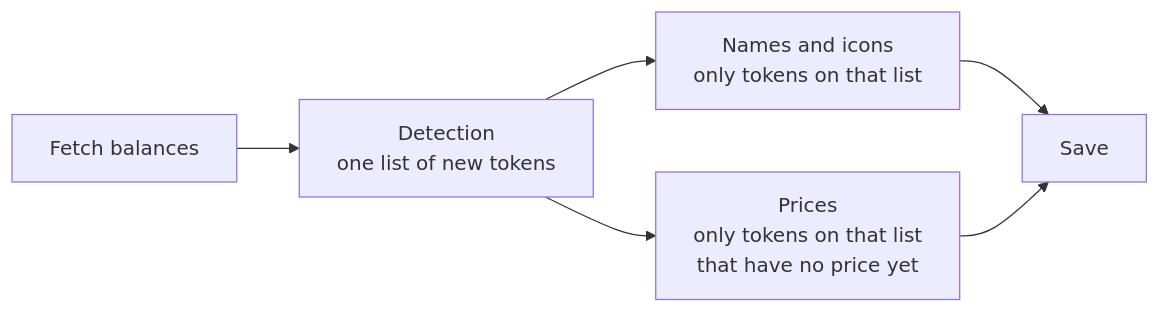
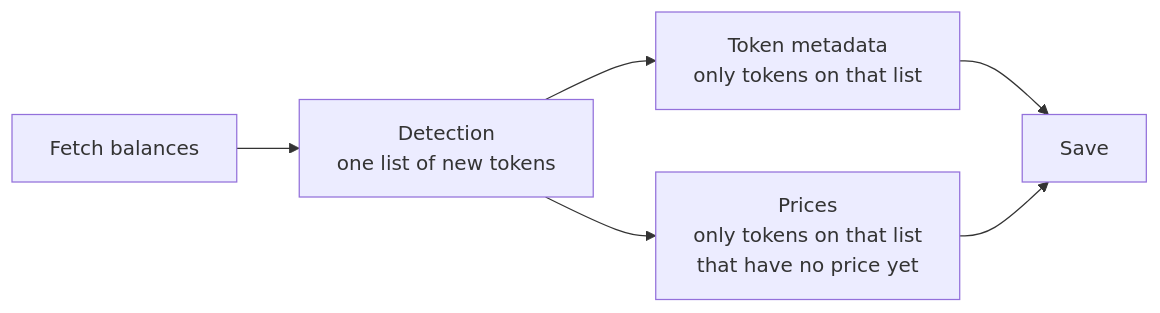
One commit to MetaMask/core changed the first of 3 diagrams in packages/assets-controller/docs/decisions/2026-10-20-remove-detection-middleware.md. Above: the diagram before and after it, drawn with Mermaid. The commit also changed other lines of this file and 7 other files, not shown here.

````diff
--- a/packages/assets-controller/docs/decisions/2026-10-20-remove-detection-middleware.md
+++ b/packages/assets-controller/docs/decisions/2026-10-20-remove-detection-middleware.md
@@ -44,8 +44,8 @@
 ```mermaid
 flowchart LR
   Bal["Fetch balances"] --> Det["Detection<br/>one list of new tokens"]
-  Det --> Names["Names and icons<br/>only tokens on that list"]
+  Det --> Names["Token metadata<br/>only tokens on that list"]
   Det --> Prices["Prices<br/>only tokens on that list<br/>that have no price yet"]
   Names --> Save["Save"]
   Prices --> Save
 ```
````
